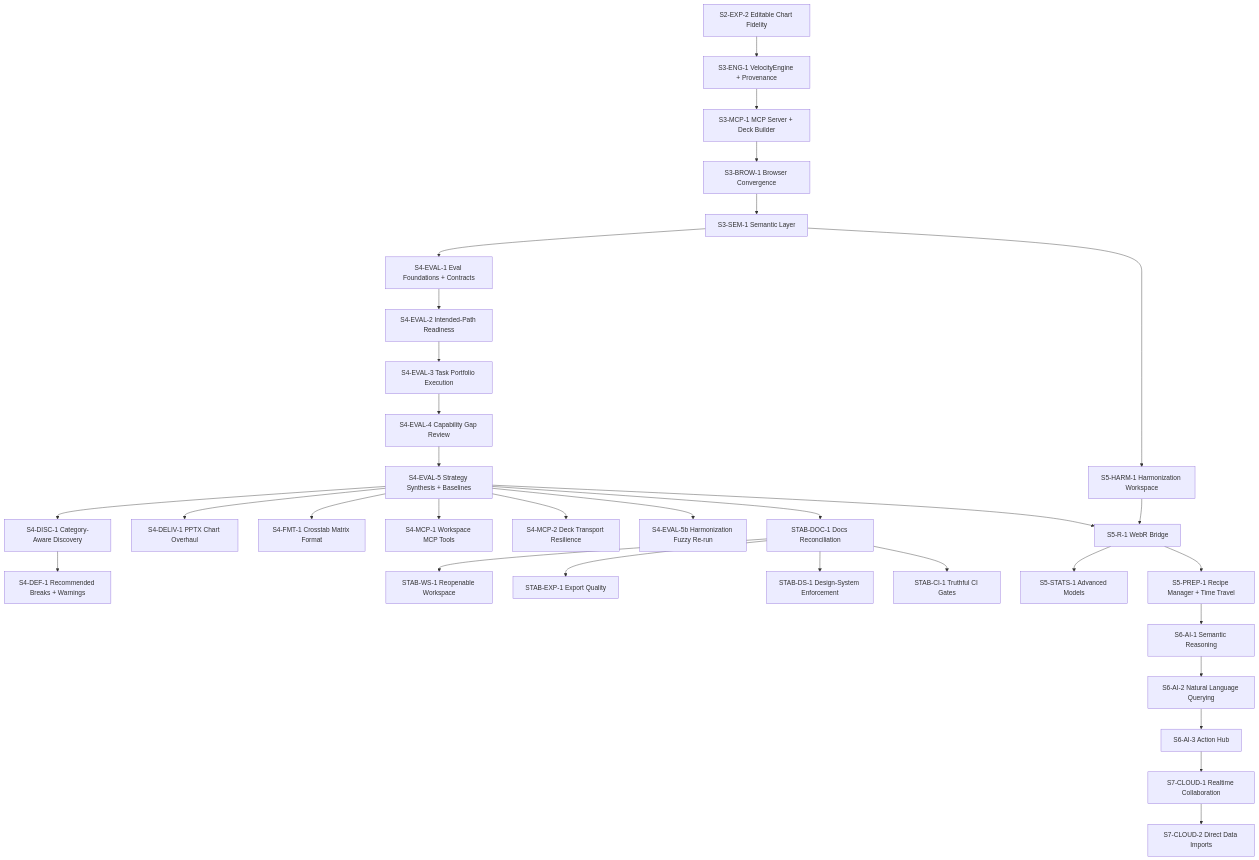
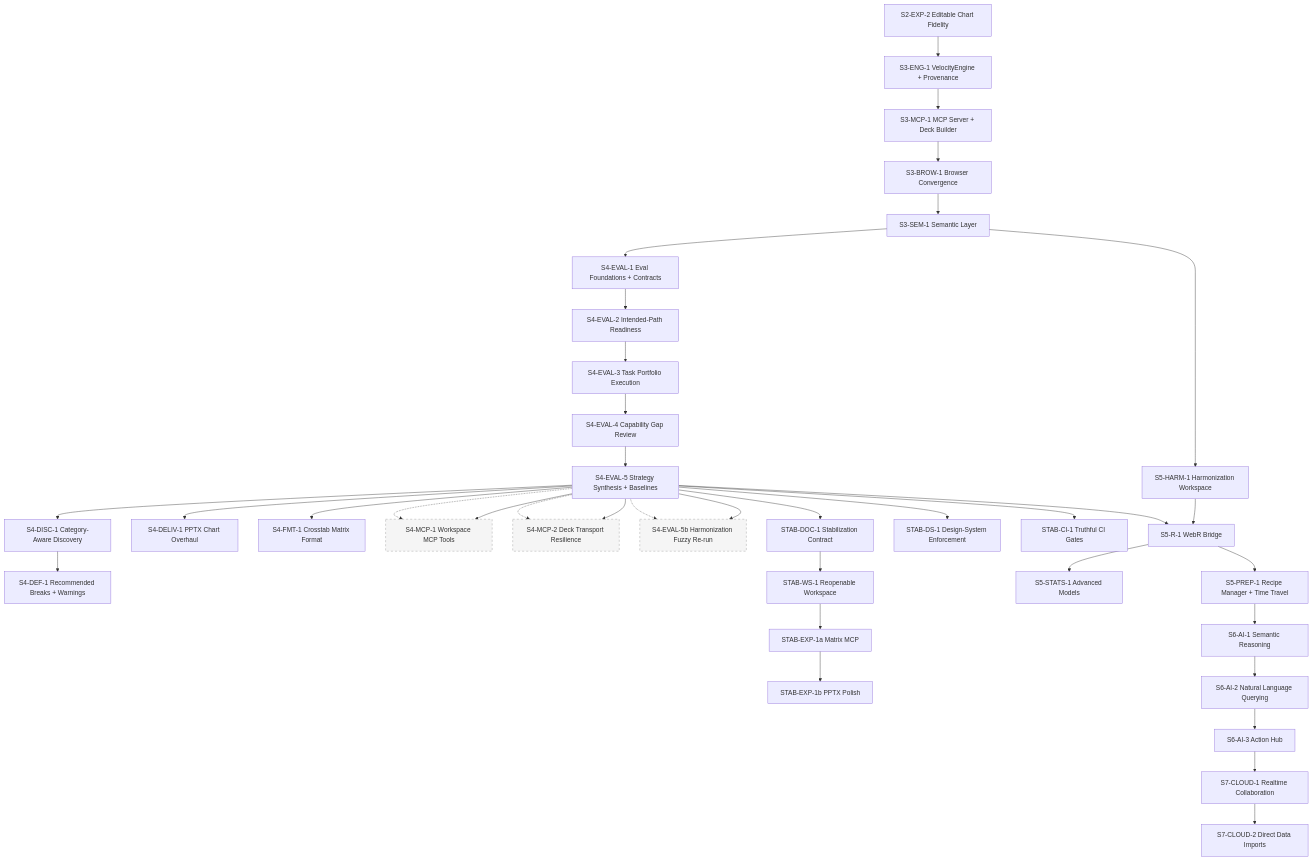
The diagram in docs/tracker_00_implementation_status.md (cbrown564-alt/Velocity), drawn with Mermaid before and after one commit. The commit also changed other lines of this file and 3 other files, not shown here.

First line of the commit message:
docs: encode stabilization contract from May 2026 deep review grill

````diff
--- a/docs/tracker_00_implementation_status.md
+++ b/docs/tracker_00_implementation_status.md
@@ -34,40 +36,47 @@
 ```mermaid
 graph TD
   S2EXP2["S2-EXP-2 Editable Chart Fidelity"] --> S3ENG1["S3-ENG-1 VelocityEngine + Provenance"]
   S3ENG1 --> S3MCP1["S3-MCP-1 MCP Server + Deck Builder"]
   S3MCP1 --> S3BROW1["S3-BROW-1 Browser Convergence"]
   S3BROW1 --> S3SEM1["S3-SEM-1 Semantic Layer"]
 
   S3SEM1 --> S4EVAL1["S4-EVAL-1 Eval Foundations + Contracts"]
   S4EVAL1 --> S4EVAL2["S4-EVAL-2 Intended-Path Readiness"]
   S4EVAL2 --> S4EVAL3["S4-EVAL-3 Task Portfolio Execution"]
   S4EVAL3 --> S4EVAL4["S4-EVAL-4 Capability Gap Review"]
   S4EVAL4 --> S4EVAL5["S4-EVAL-5 Strategy Synthesis + Baselines"]
 
   S4EVAL5 --> S4DISC1["S4-DISC-1 Category-Aware Discovery"]
   S4EVAL5 --> S4DELIV1["S4-DELIV-1 PPTX Chart Overhaul"]
   S4EVAL5 --> S4FMT1["S4-FMT-1 Crosstab Matrix Format"]
   S4EVAL5 --> S4MCP1["S4-MCP-1 Workspace MCP Tools"]
   S4EVAL5 --> S4MCP2["S4-MCP-2 Deck Transport Resilience"]
   S4EVAL5 --> S4EVAL5b["S4-EVAL-5b Harmonization Fuzzy Re-run"]
   S4DISC1 --> S4DEF1["S4-DEF-1 Recommended Breaks + Warnings"]
 
-  S4EVAL5 --> STABDOC1["STAB-DOC-1 Docs Reconciliation"]
+  S4EVAL5 --> STABDOC1["STAB-DOC-1 Stabilization Contract"]
+  S4EVAL5 --> STABDS1["STAB-DS-1 Design-System Enforcement"]
+  S4EVAL5 --> STABCI1["STAB-CI-1 Truthful CI Gates"]
   STABDOC1 --> STABWS1["STAB-WS-1 Reopenable Workspace"]
-  STABDOC1 --> STABEXP1["STAB-EXP-1 Export Quality"]
-  STABDOC1 --> STABDS1["STAB-DS-1 Design-System Enforcement"]
-  STABDOC1 --> STABCI1["STAB-CI-1 Truthful CI Gates"]
+  STABWS1 --> STABEXPA["STAB-EXP-1a Matrix MCP"]
+  STABEXPA --> STABEXPB["STAB-EXP-1b PPTX Polish"]
+
+  S4EVAL5 -.-> S4MCP1
+  S4EVAL5 -.-> S4MCP2
+  S4EVAL5 -.-> S4EVAL5b
+  classDef frozen fill:#f5f5f5,stroke:#999,stroke-dasharray: 5 5
+  class S4MCP1,S4MCP2,S4EVAL5b frozen
 
   S3SEM1 --> S5HARM1["S5-HARM-1 Harmonization Workspace"]
   S5HARM1 --> S5R1["S5-R-1 WebR Bridge"]
   S4EVAL5 --> S5R1
   S5R1 --> S5STATS1["S5-STATS-1 Advanced Models"]
   S5R1 --> S5PREP1["S5-PREP-1 Recipe Manager + Time Travel"]
 
   S5PREP1 --> S6AI1["S6-AI-1 Semantic Reasoning"]
   S6AI1 --> S6AI2["S6-AI-2 Natural Language Querying"]
   S6AI2 --> S6AI3["S6-AI-3 Action Hub"]
 
   S6AI3 --> S7CLOUD1["S7-CLOUD-1 Realtime Collaboration"]
   S7CLOUD1 --> S7CLOUD2["S7-CLOUD-2 Direct Data Imports"]
 ```
````
